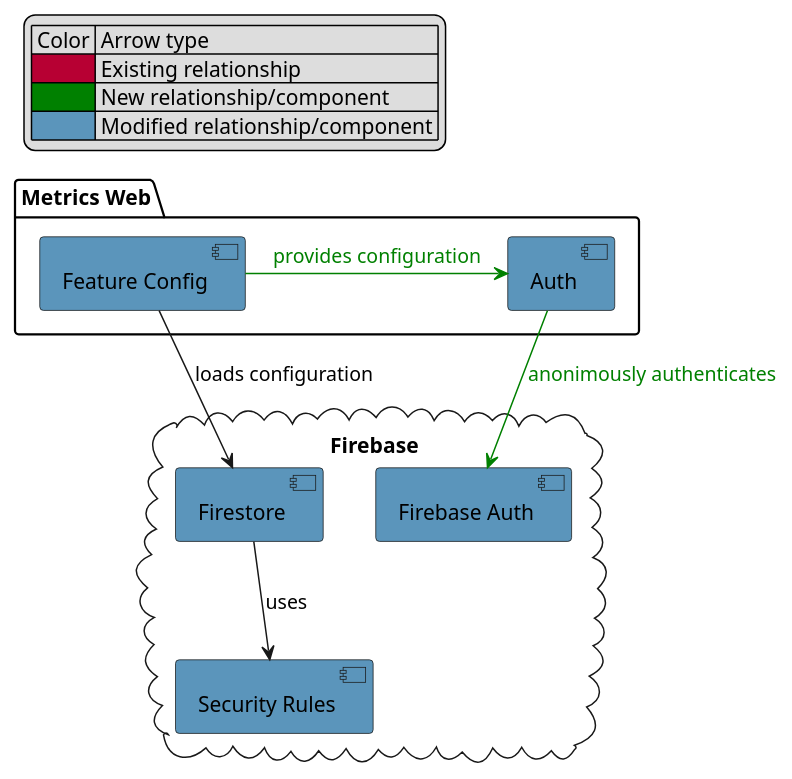
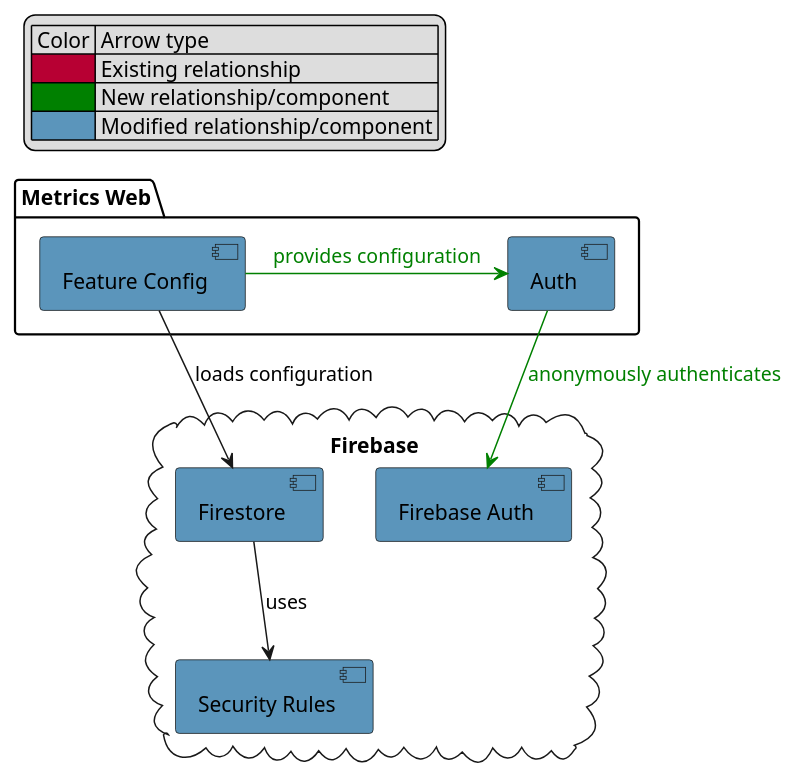
The diagram in metrics/web/docs/features/public_dashboard/diagrams/public_dashboard_components.puml (Flank/flank-dashboard), drawn with PlantUML before and after one commit.

Commit message:
Typo fix

```diff
--- a/metrics/web/docs/features/public_dashboard/diagrams/public_dashboard_components.puml
+++ b/metrics/web/docs/features/public_dashboard/diagrams/public_dashboard_components.puml
@@ -1,29 +1,29 @@
 @startuml public_dashboard_components
 
 legend top left
     | Color | Arrow type |
     |<#B70033>| Existing relationship |
     |<#Green>| New relationship/component |
     |<#5B95BB>| Modified relationship/component |
 endlegend
 
 
 package "Metrics Web" {
     component "Auth" as auth #5B95BB
     component "Feature Config" as feature_config #5B95BB
 }
 
 cloud "Firebase" {
     component "Firestore" as firestore #5B95BB
     component "Security Rules" as rules #5B95BB
     component "Firebase Auth" as firebase_auth #5B95BB
 }
 
 feature_config --> firestore : loads configuration
 feature_config -[#Green]right-> auth : <color:green>provides configuration
 
-auth -[#Green]-> firebase_auth : <color:green>anonimously authenticates
+auth -[#Green]-> firebase_auth : <color:green>anonymously authenticates
 
 firestore --> rules : uses
 
 @enduml
```
